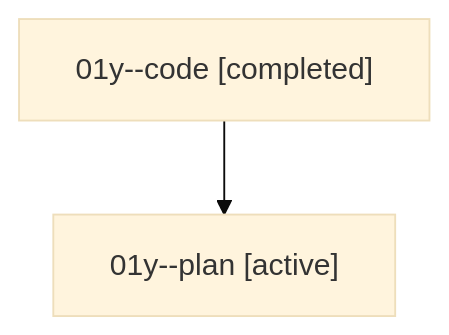
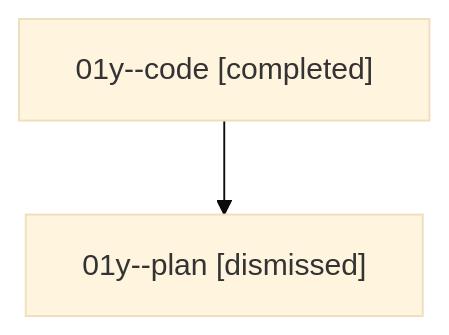
One commit to sase-org/sase--agents changed the diagram in sessions/bbugyi200.athena.01y.md. Above: the diagram before and after it, drawn with Mermaid (base theme). The commit also changed other lines of this file and 22 other files, not shown here.

````diff
--- a/sessions/bbugyi200.athena.01y.md
+++ b/sessions/bbugyi200.athena.01y.md
@@ -9,6 +9,6 @@
 ```mermaid
 flowchart TD
   n0["01y--code [completed]"]
-  n1["01y--plan [active]"]
+  n1["01y--plan [dismissed]"]
   n0 --> n1
 ```
````
